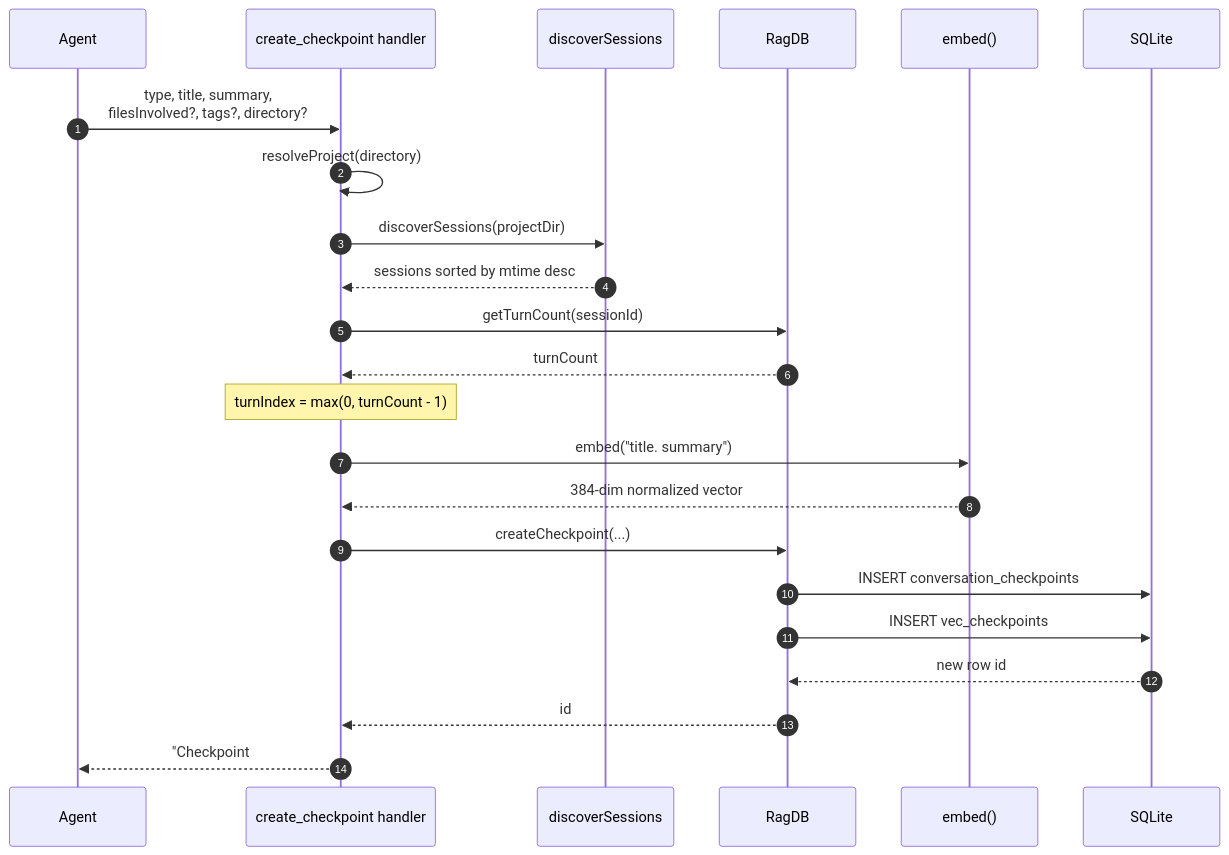
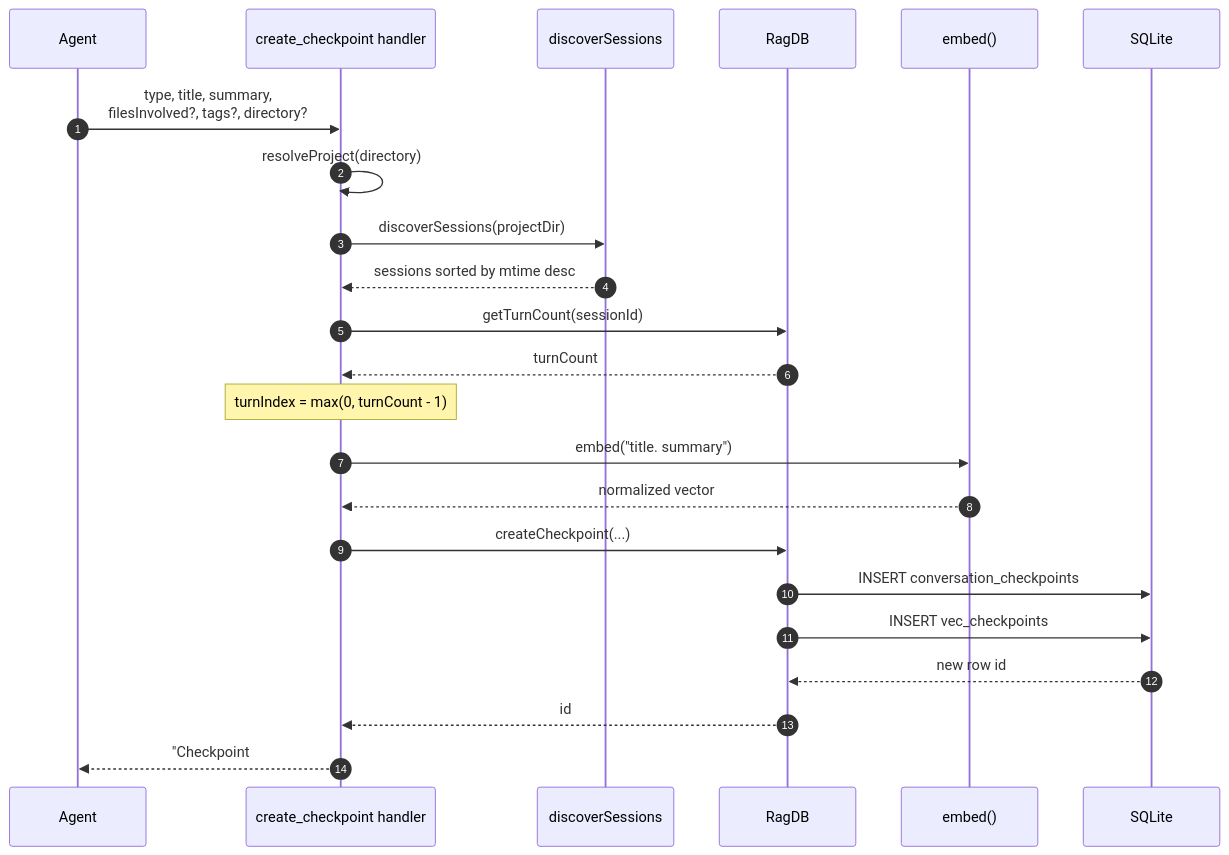
Before and after one commit to TheWinci/mimirs: the diagram in wiki/tools/create-checkpoint.md, drawn with Mermaid. The commit also changed other lines of this file and 55 other files, not shown here.

````diff
--- a/wiki/tools/create-checkpoint.md
+++ b/wiki/tools/create-checkpoint.md
@@ -30,26 +39,26 @@
 ```mermaid
 sequenceDiagram
     autonumber
     participant Agent
-    participant Tool as create_checkpoint handler
-    participant Parser as discoverSessions
+    participant Handler as create_checkpoint handler
+    participant Sessions as discoverSessions
     participant DB as RagDB
     participant Embed as embed()
     participant SQLite
 
-    Agent->>Tool: type, title, summary,<br>filesInvolved?, tags?, directory?
-    Tool->>Tool: resolveProject(directory)
-    Tool->>Parser: discoverSessions(projectDir)
-    Parser-->>Tool: sessions sorted by mtime desc
-    Tool->>DB: getTurnCount(sessionId)
-    DB-->>Tool: turnCount
-    Note over Tool: turnIndex = max(0, turnCount - 1)
-    Tool->>Embed: embed("title. summary")
-    Embed-->>Tool: 384-dim normalized vector
-    Tool->>DB: createCheckpoint(...)
+    Agent->>Handler: type, title, summary,<br>filesInvolved?, tags?, directory?
+    Handler->>Handler: resolveProject(directory)
+    Handler->>Sessions: discoverSessions(projectDir)
+    Sessions-->>Handler: sessions sorted by mtime desc
+    Handler->>DB: getTurnCount(sessionId)
+    DB-->>Handler: turnCount
+    Note over Handler: turnIndex = max(0, turnCount - 1)
+    Handler->>Embed: embed("title. summary")
+    Embed-->>Handler: normalized vector
+    Handler->>DB: createCheckpoint(...)
     DB->>SQLite: INSERT conversation_checkpoints
     DB->>SQLite: INSERT vec_checkpoints
     SQLite-->>DB: new row id
-    DB-->>Tool: id
-    Tool-->>Agent: "Checkpoint #id created" (+ annotate hint)
+    DB-->>Handler: id
+    Handler-->>Agent: "Checkpoint #id created" (+ annotate hint)
 ```
````
